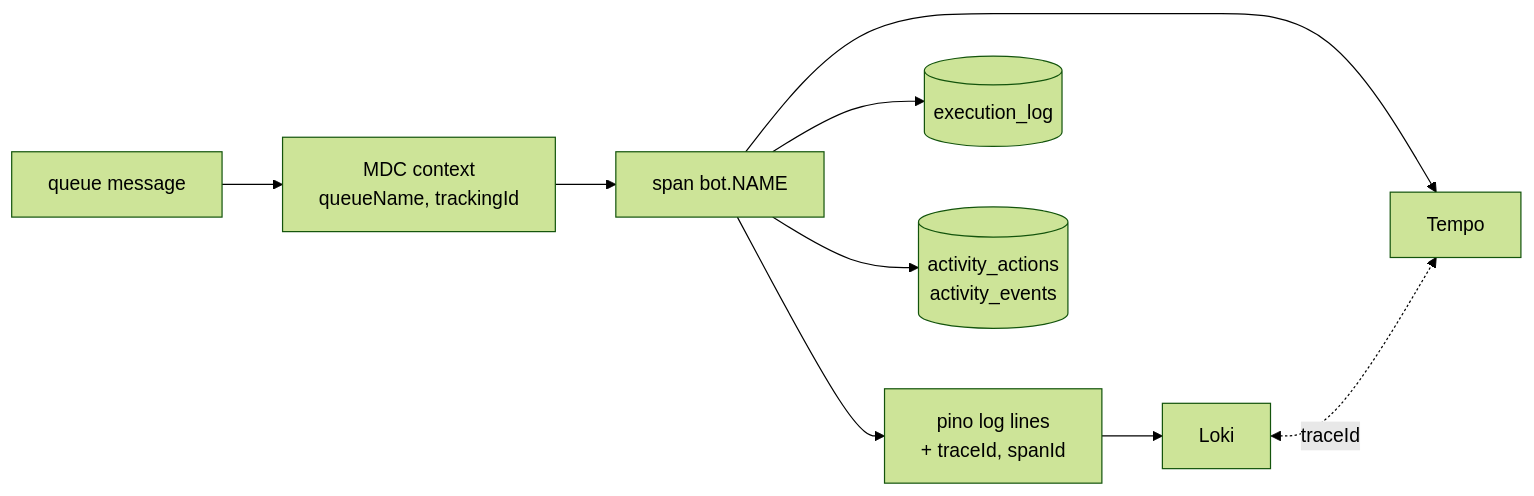
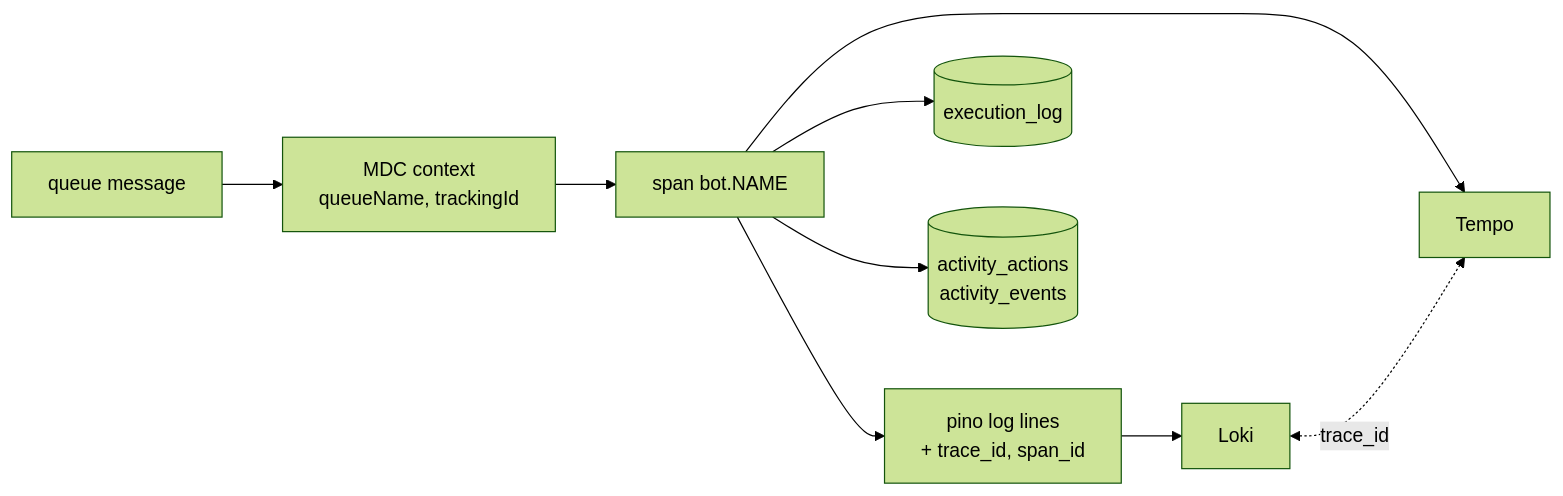
The diagram in docs/telemetry.md (cvillarr23/fantasy-browser-worker), drawn with Mermaid (forest theme) before and after one commit. The commit also changed other lines of this file and 2 other files, not shown here.

````diff
--- a/docs/telemetry.md
+++ b/docs/telemetry.md
@@ -9,11 +9,11 @@
 ```mermaid
 flowchart LR
     msg["queue message"] --> ctx["MDC context\nqueueName, trackingId"]
     ctx --> span["span bot.NAME"]
-    span --> log["pino log lines\n+ traceId, spanId"]
+    span --> log["pino log lines\n+ trace_id, span_id"]
     span --> el[("execution_log")]
     span --> act[("activity_actions\nactivity_events")]
     log --> loki["Loki"]
     span --> tempo["Tempo"]
-    loki <-.->|"traceId"| tempo
+    loki <-.->|"trace_id"| tempo
 ```
````
